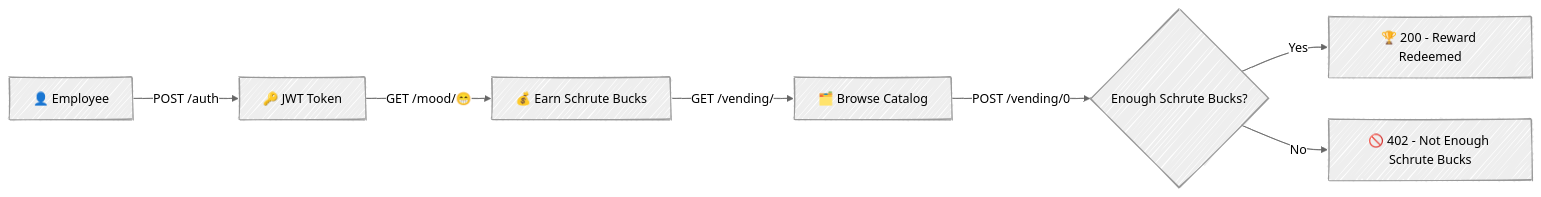
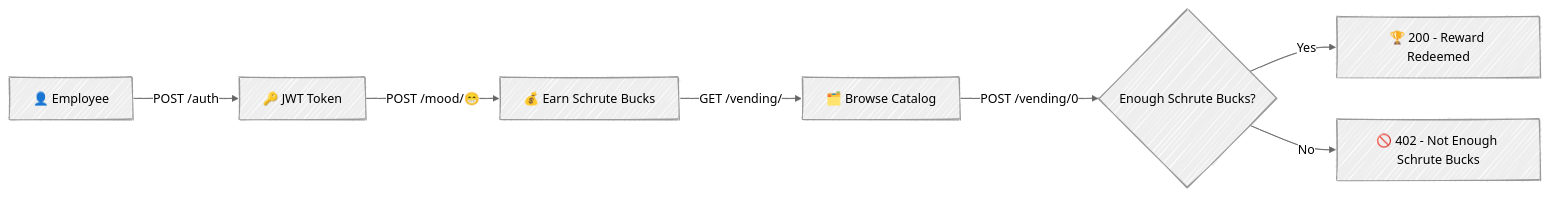
The diagram in README.md (avcaliani/deep-dive-fast-api), drawn with Mermaid before and after one commit. The commit also changed 3 other files, not shown here.

First line of the commit message:
fix: Use POST for mood check-ins that award points

````diff
--- a/README.md
+++ b/README.md
@@ -18,10 +18,10 @@
 ```mermaid
 %%{ init: { 'look': 'handDrawn', 'theme': 'neutral' } }%%
 flowchart LR
     A[👤 Employee] -->|"POST /auth"| B[🔑 JWT Token]
-    B -->|"GET /mood/😁"| C[💰 Earn Schrute Bucks]
+    B -->|"POST /mood/😁"| C[💰 Earn Schrute Bucks]
     C -->|"GET /vending/"| D[🗂️ Browse Catalog]
     D -->|"POST /vending/0"| E{Enough Schrute Bucks?}
     E -->|Yes| F[🏆 200 - Reward Redeemed]
     E -->|No| G[🚫 402 - Not Enough Schrute Bucks]
 ```
````
